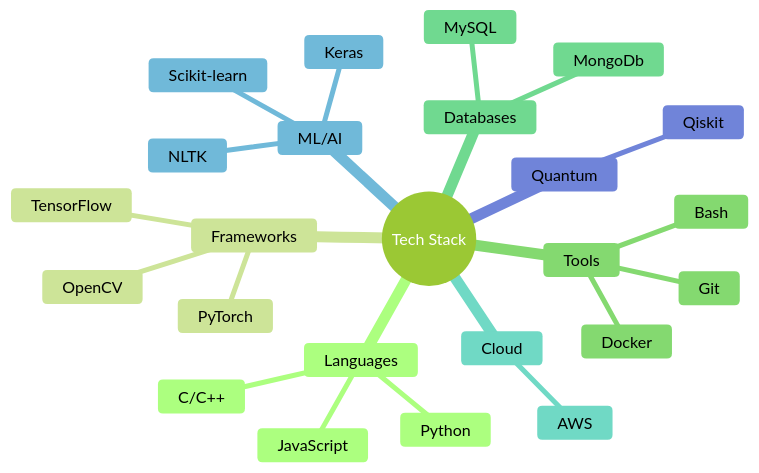
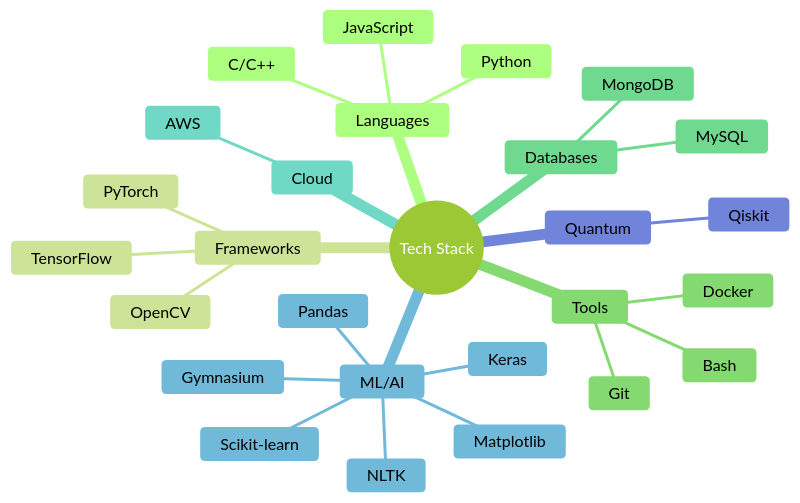
Before and after one commit to ka-us-tubh/ka-us-tubh: the diagram in README.md, drawn with Mermaid.

````diff
--- a/README.md
+++ b/README.md
@@ -65,29 +65,32 @@
 ```mermaid
 %%{init: {'theme': 'forest'}}%%
 mindmap
-  root((Tech Stack))
-    Languages
-      Python
-      C/C++
-      JavaScript
-    Frameworks
-      TensorFlow
-      PyTorch
-      OpenCV
-    Tools
-      Git
-      Docker
-      Bash
-    Databases
-      MySQL
-      MongoDb
-    Cloud
-      AWS
-    ML/AI
-      Scikit-learn
-      Keras
-      NLTK
-    Quantum
-      Qiskit
+root((Tech Stack))
+                  Languages
+                    Python
+                    C/C++
+                    JavaScript
+                  Frameworks
+                    TensorFlow
+                    PyTorch
+                    OpenCV
+                  Tools
+                    Git
+                    Docker
+                    Bash
+                  Databases
+                    MySQL
+                    MongoDB
+                  Cloud
+                    AWS
+                  ML/AI
+                    Scikit-learn
+                    Keras
+                    NLTK
+                    Pandas
+                    Gymnasium
+                    Matplotlib
+                  Quantum
+                    Qiskit
       
 ```
````
